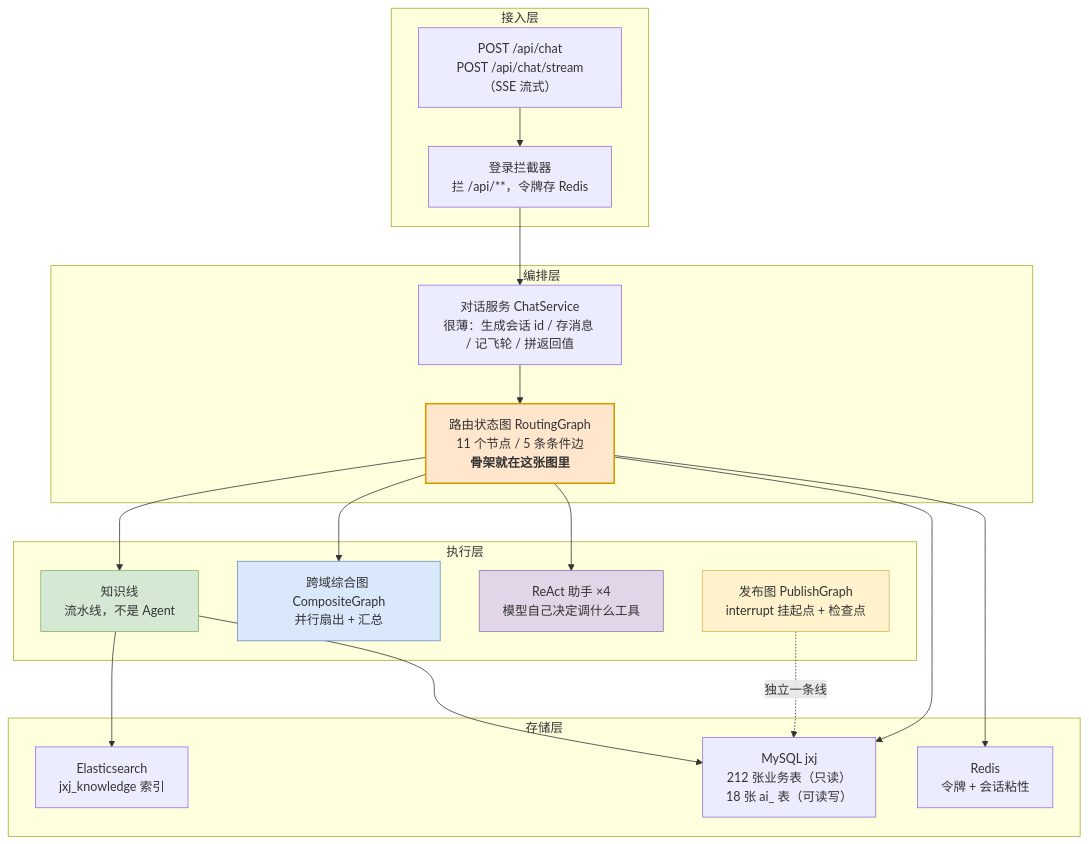
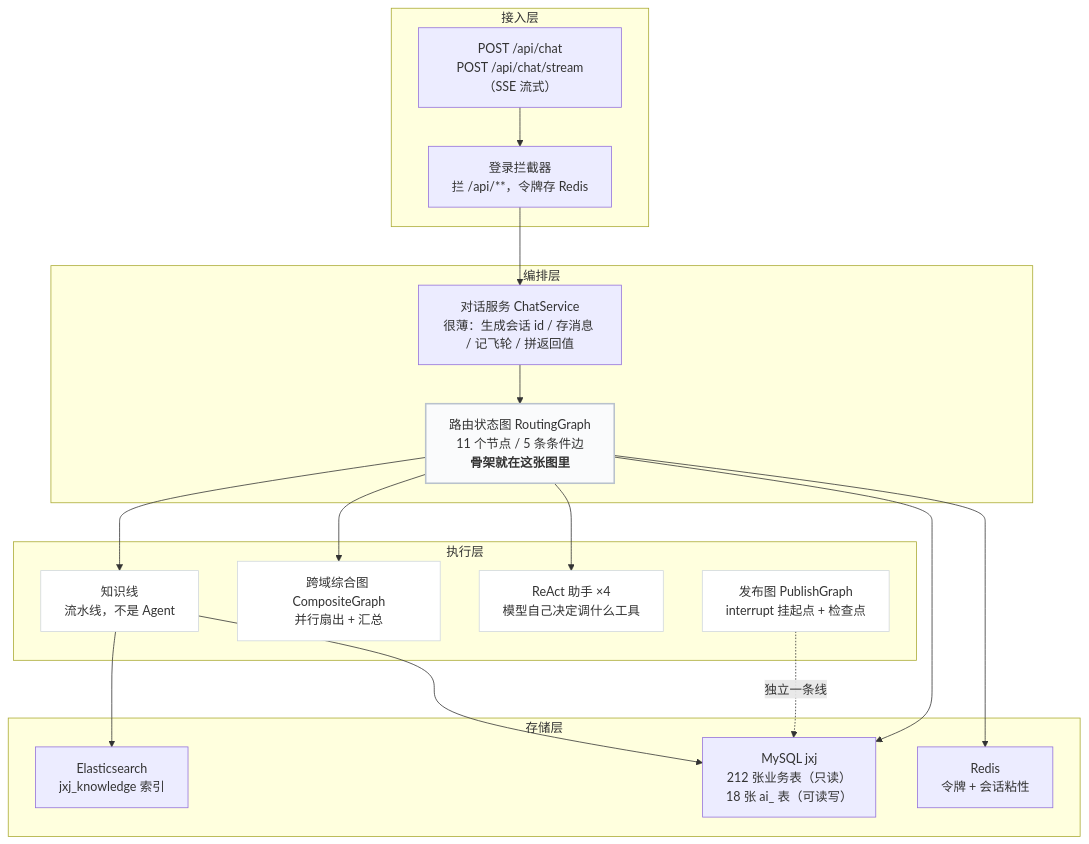
Before and after one commit to Melody022/Helper-agent: the first of 5 diagrams in docs/架构图.md, drawn with Mermaid. The commit also changed other lines of this file and 5 other files, not shown here.

First line of the commit message:
架构图改画风：白底细灰边深色字，去掉花哨色块

````diff
--- a/docs/架构图.md
+++ b/docs/架构图.md
@@ -13,41 +16,41 @@
 ```mermaid
 flowchart TD
     subgraph L0["接入层"]
         HTTP["POST /api/chat<br/>POST /api/chat/stream（SSE 流式）"]
         AUTH["登录拦截器<br/>拦 /api/**，令牌存 Redis"]
     end
 
     subgraph L1["编排层"]
         CS["对话服务 ChatService<br/>很薄：生成会话 id / 存消息 / 记飞轮 / 拼返回值"]
         RG["路由状态图 RoutingGraph<br/>11 个节点 / 5 条条件边<br/><b>骨架就在这张图里</b>"]
     end
 
     subgraph L2["执行层"]
         KL["知识线<br/>流水线，不是 Agent"]
         CG["跨域综合图 CompositeGraph<br/>并行扇出 + 汇总"]
         RA["ReAct 助手 ×4<br/>模型自己决定调什么工具"]
         PG["发布图 PublishGraph<br/>interrupt 挂起点 + 检查点"]
     end
 
     subgraph L3["存储层"]
         MY["MySQL jxj<br/>212 张业务表（只读）<br/>18 张 ai_ 表（可读写）"]
         RD["Redis<br/>令牌 + 会话粘性"]
         ES["Elasticsearch<br/>jxj_knowledge 索引"]
     end
 
     HTTP --> AUTH --> CS --> RG
     RG --> KL
     RG --> CG
     RG --> RA
     PG -.->|独立一条线| MY
     RG --> MY
     RG --> RD
     KL --> ES
     KL --> MY
 
-    style RG fill:#ffe6cc,stroke:#d79b00,stroke-width:2px
-    style KL fill:#d5e8d4,stroke:#82b366
-    style CG fill:#dae8fc,stroke:#6c8ebf
-    style RA fill:#e1d5e7,stroke:#9673a6
-    style PG fill:#fff2cc,stroke:#d6b656
+    style RG fill:#fafbfc,stroke:#b9c2cc,stroke-width:2px
+    style KL fill:#ffffff,stroke:#d0d7de
+    style CG fill:#ffffff,stroke:#d0d7de
+    style RA fill:#ffffff,stroke:#d0d7de
+    style PG fill:#ffffff,stroke:#d0d7de
 ```
````
